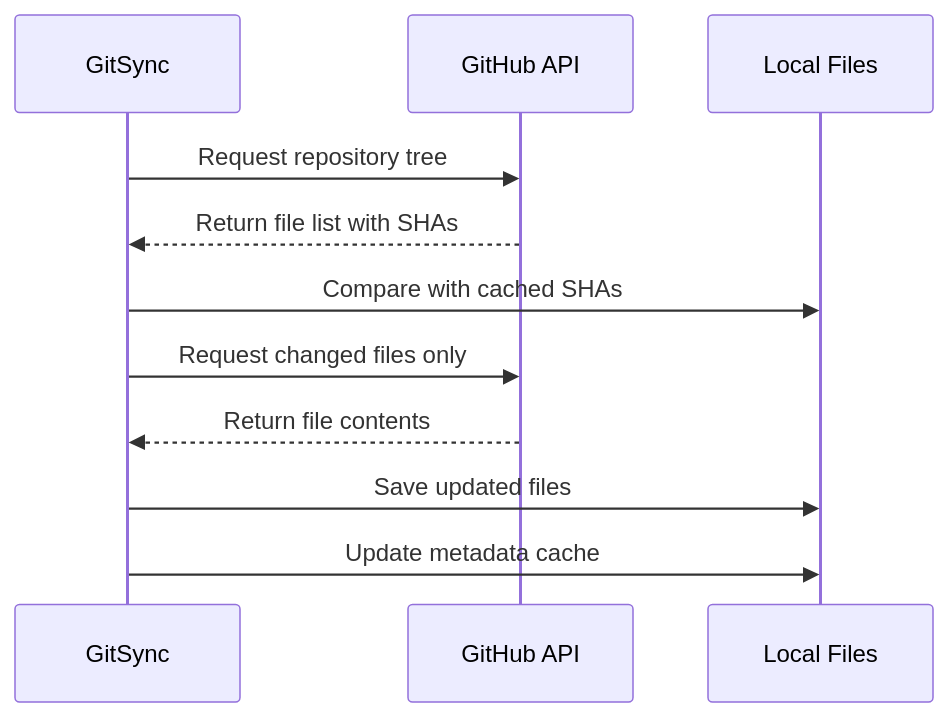
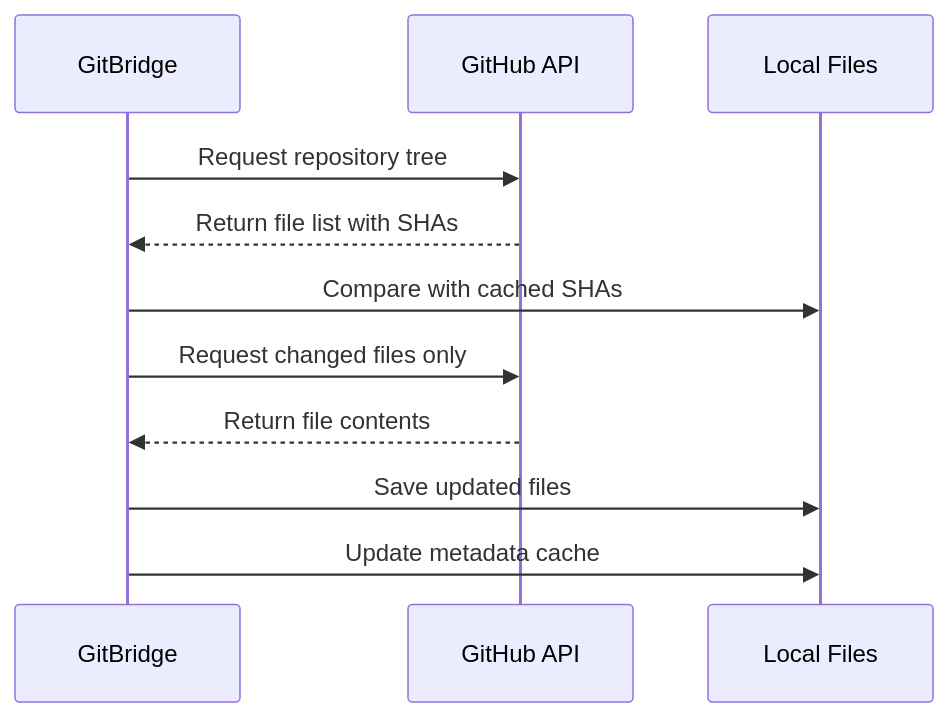
One commit to nevedomski/gitBridge changed the first of 2 diagrams in docs/user-guide/sync-methods.md. Above: the diagram before and after it, drawn with Mermaid. The commit also changed other lines of this file and 68 other files, not shown here.

````diff
--- a/docs/user-guide/sync-methods.md
+++ b/docs/user-guide/sync-methods.md
@@ -18,14 +18,14 @@
 ```mermaid
 sequenceDiagram
-    participant GitSync
+    participant GitBridge
     participant GitHub API
     participant Local Files
     
-    GitSync->>GitHub API: Request repository tree
-    GitHub API-->>GitSync: Return file list with SHAs
-    GitSync->>Local Files: Compare with cached SHAs
-    GitSync->>GitHub API: Request changed files only
-    GitHub API-->>GitSync: Return file contents
-    GitSync->>Local Files: Save updated files
-    GitSync->>Local Files: Update metadata cache
+    GitBridge->>GitHub API: Request repository tree
+    GitHub API-->>GitBridge: Return file list with SHAs
+    GitBridge->>Local Files: Compare with cached SHAs
+    GitBridge->>GitHub API: Request changed files only
+    GitHub API-->>GitBridge: Return file contents
+    GitBridge->>Local Files: Save updated files
+    GitBridge->>Local Files: Update metadata cache
 ```
````
